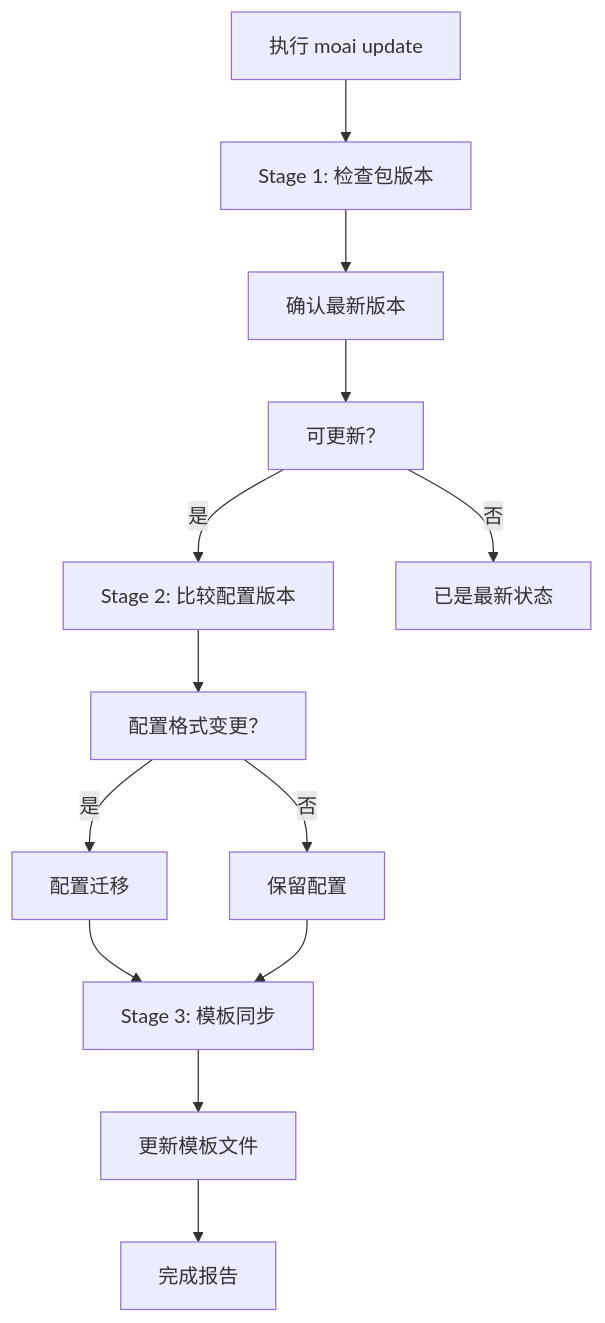
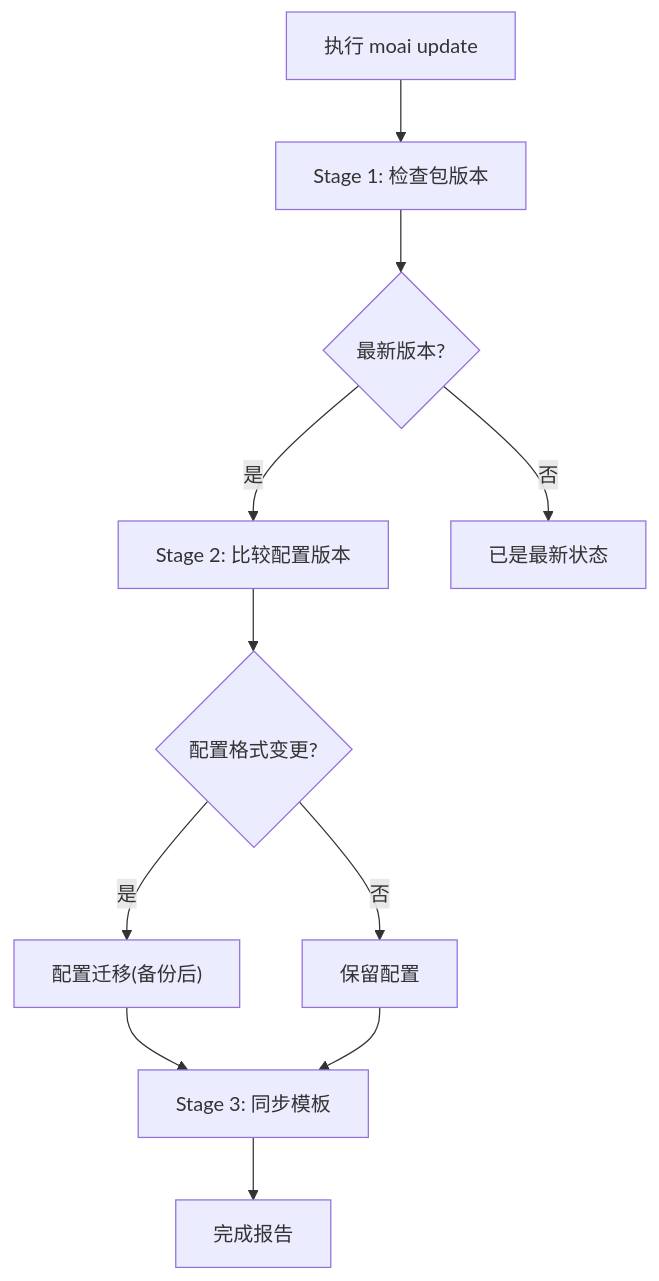
Before and after one commit to modu-ai/moai-adk: the first of 2 diagrams in docs-site/content/zh/getting-started/update.md, drawn with Mermaid. The commit also changed other lines of this file and 180 other files, not shown here.

````diff
--- a/docs-site/content/zh/getting-started/update.md
+++ b/docs-site/content/zh/getting-started/update.md
@@ -21,19 +19,13 @@
 ```mermaid
 flowchart TD
-    A[执行 moai update] --> B[Stage 1: 检查包版本]
-    B --> C[确认最新版本]
-    C --> D[可更新？]
-
-    D -->|是| E[Stage 2: 比较配置版本]
-    D -->|否| F[已是最新状态]
-
-    E --> G[配置格式变更？]
-    G -->|是| H[配置迁移]
-    G -->|否| I[保留配置]
-
-    H --> J[Stage 3: 模板同步]
-    I --> J
-
-    J --> K[更新模板文件]
-    K --> L[完成报告]
+    A["执行 moai update"] --> B["Stage 1: 检查包版本"]
+    B --> C{"最新版本?"}
+    C -->|"是"| D["Stage 2: 比较配置版本"]
+    C -->|"否"| E["已是最新状态"]
+    D --> F{"配置格式变更?"}
+    F -->|"是"| G["配置迁移(备份后)"]
+    F -->|"否"| H["保留配置"]
+    G --> I["Stage 3: 同步模板"]
+    H --> I
+    I --> J["完成报告"]
 ```
````
